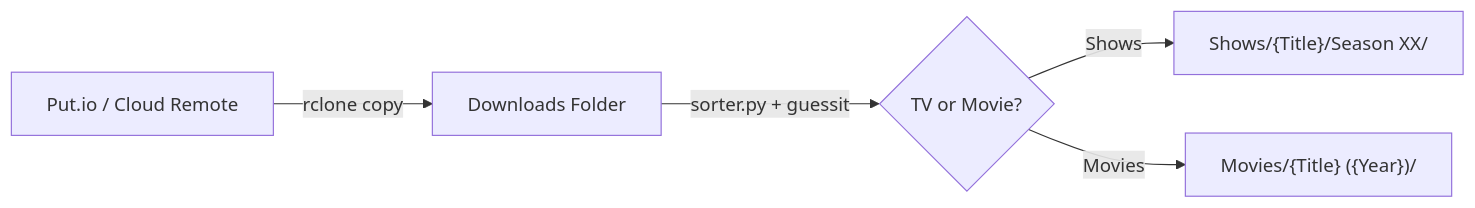
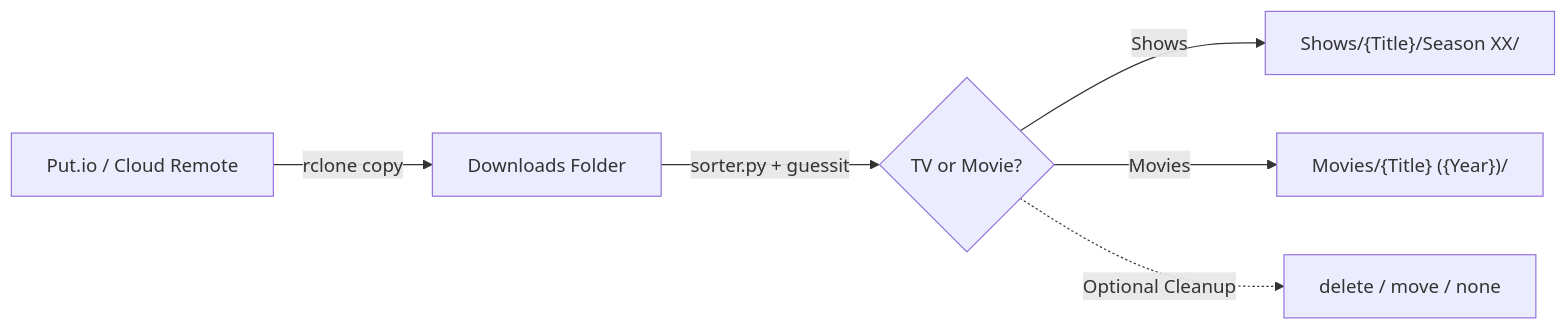
Before and after one commit to sircharlesxx/jellyfin-reel-sort: the diagram in README.md, drawn with Mermaid. The commit also changed other lines of this file and 3 other files, not shown here.

Commit message:
Feature: Variabilize cleanup options (none/delete/move) and integrate into installer

````diff
--- a/README.md
+++ b/README.md
@@ -11,7 +11,8 @@
 ```mermaid
 flowchart LR
     PutIO[Put.io / Cloud Remote] -->|rclone copy| Downloads[Downloads Folder]
     Downloads -->|sorter.py + guessit| Parser{TV or Movie?}
     Parser -->|Shows| TVDir["Shows/{Title}/Season XX/"]
     Parser -->|Movies| MovieDir["Movies/{Title} ({Year})/"]
+    Parser -.->|Optional Cleanup| Cleanup[delete / move / none]
 ```
````
